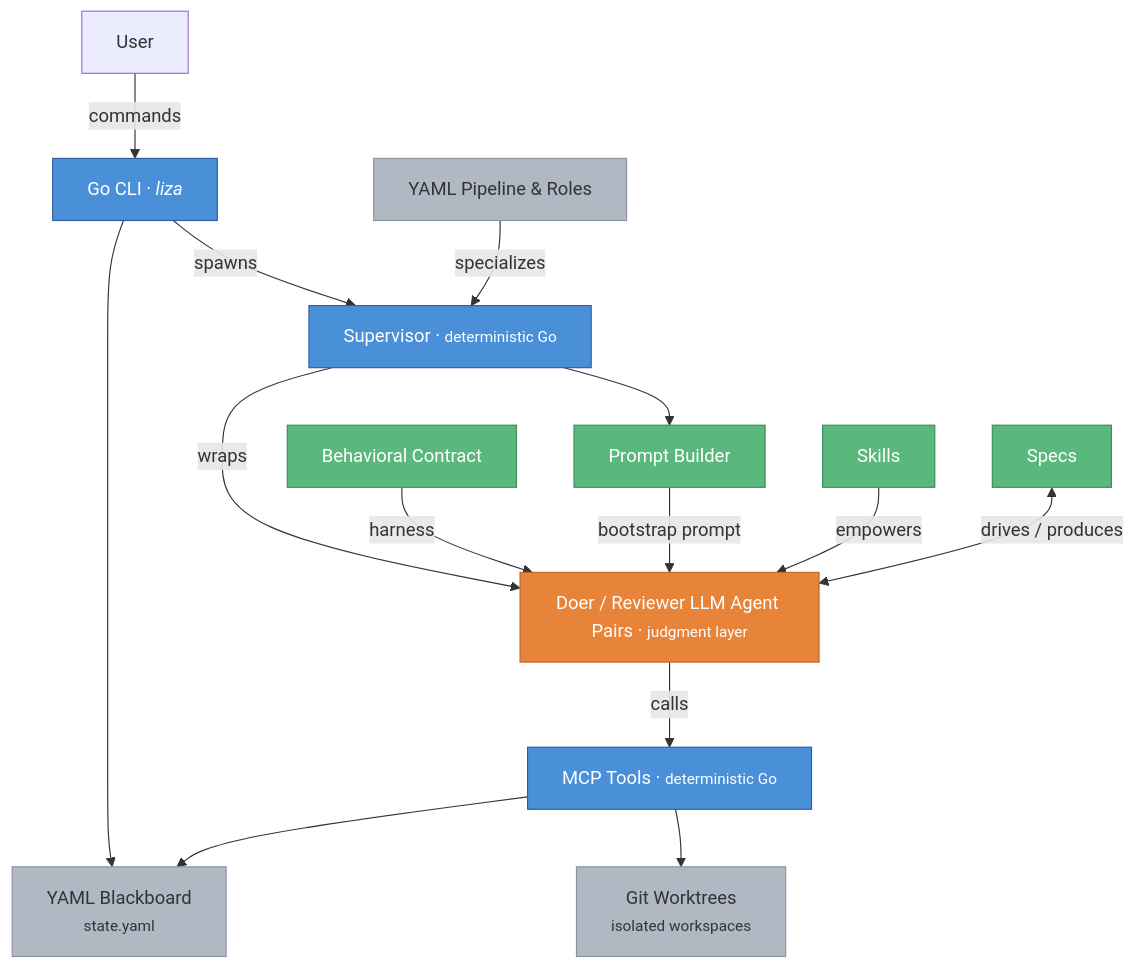
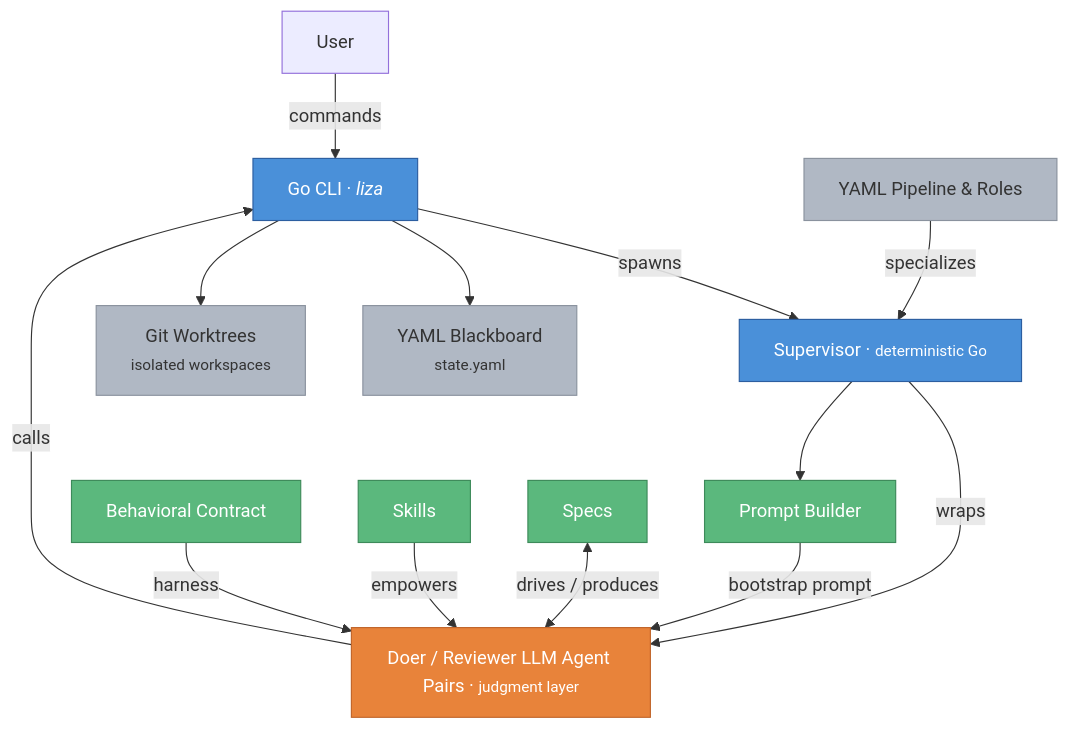
The diagram in README.md (liza-mas/liza), drawn with Mermaid before and after one commit.

Commit message:
docs(readme): update architecture diagram to remove MCP layer
Replace MCP tool references with direct CLI calls in the Mermaid
diagram, reflecting the MCP removal work in this sprint.

````diff
--- a/README.md
+++ b/README.md
@@ -290,31 +290,29 @@
 ```mermaid
 graph TB
+    H["User"] -->|commands| CLI["Go CLI · <i>liza</i>"]
     AP["Doer / Reviewer LLM Agent Pairs · <small>judgment layer</small>"]
-    H["User"] -->|commands| CLI["Go CLI · <i>liza</i>"]
     CLI -->|spawns| S["Supervisor · <small>deterministic Go</small>"]
 
     CLI --> BB["YAML Blackboard<br><small>state.yaml</small>"]
-    MCP --> BB
-    MCP --> WT["Git Worktrees<br><small>isolated workspaces</small>"]
+    CLI --> WT["Git Worktrees<br><small>isolated workspaces</small>"]
 
     S -->|wraps| AP
     PL["YAML Pipeline & Roles"] --> |specializes| S
     S --> PB
     BC["Behavioral Contract"] -->|harness| AP
     PB["Prompt Builder"] -->|bootstrap prompt| AP
     SK["Skills"] -->|empowers| AP
     SP["Specs"] <-->|drives / produces| AP
-    AP -->|calls| MCP["MCP Tools · <small>deterministic Go</small>"]
+    AP -->|calls| CLI
 
     style CLI fill:#4a90d9,stroke:#2c5ea0,color:#fff
     style S fill:#4a90d9,stroke:#2c5ea0,color:#fff
-    style MCP fill:#4a90d9,stroke:#2c5ea0,color:#fff
     style AP fill:#e8833a,stroke:#c0652a,color:#fff
     style PB fill:#5bb87d,stroke:#3d8a5a,color:#fff
     style BC fill:#5bb87d,stroke:#3d8a5a,color:#fff
     style SK fill:#5bb87d,stroke:#3d8a5a,color:#fff
     style SP fill:#5bb87d,stroke:#3d8a5a,color:#fff
     style BB fill:#b0b8c4,stroke:#8a929e,color:#333
     style WT fill:#b0b8c4,stroke:#8a929e,color:#333
     style PL fill:#b0b8c4,stroke:#8a929e,color:#333
 ```
````
